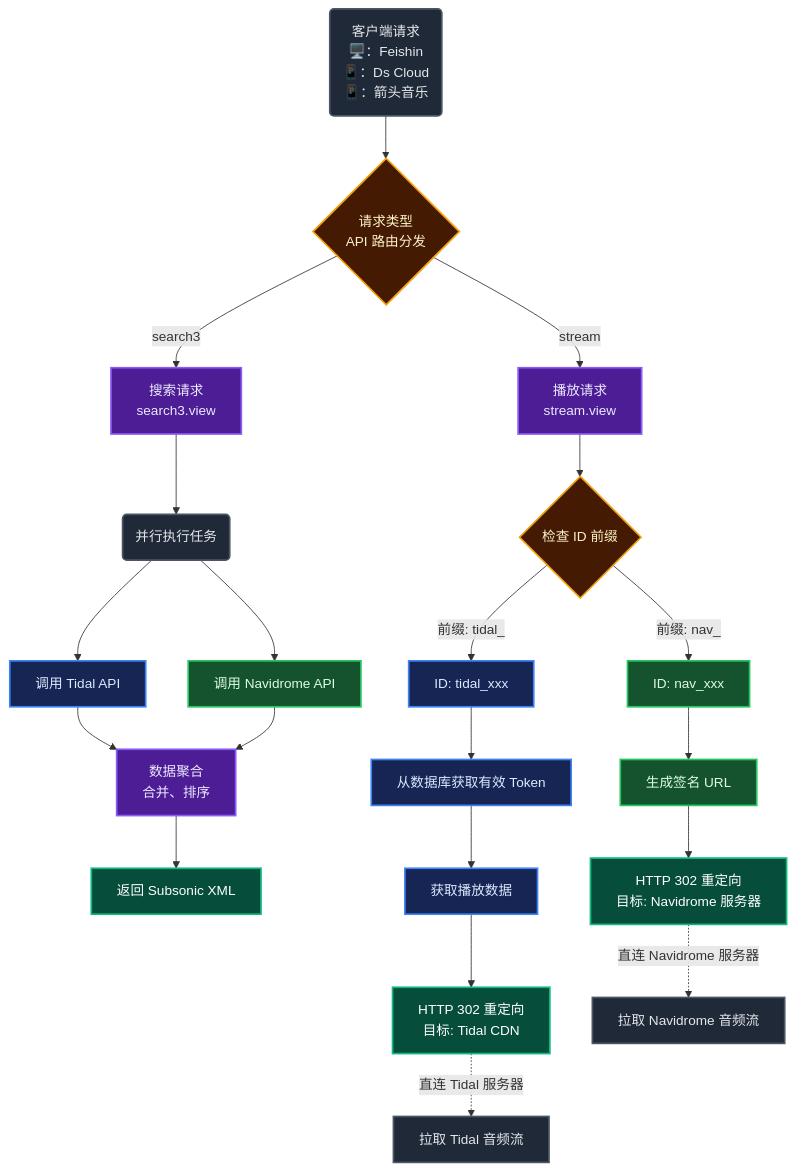
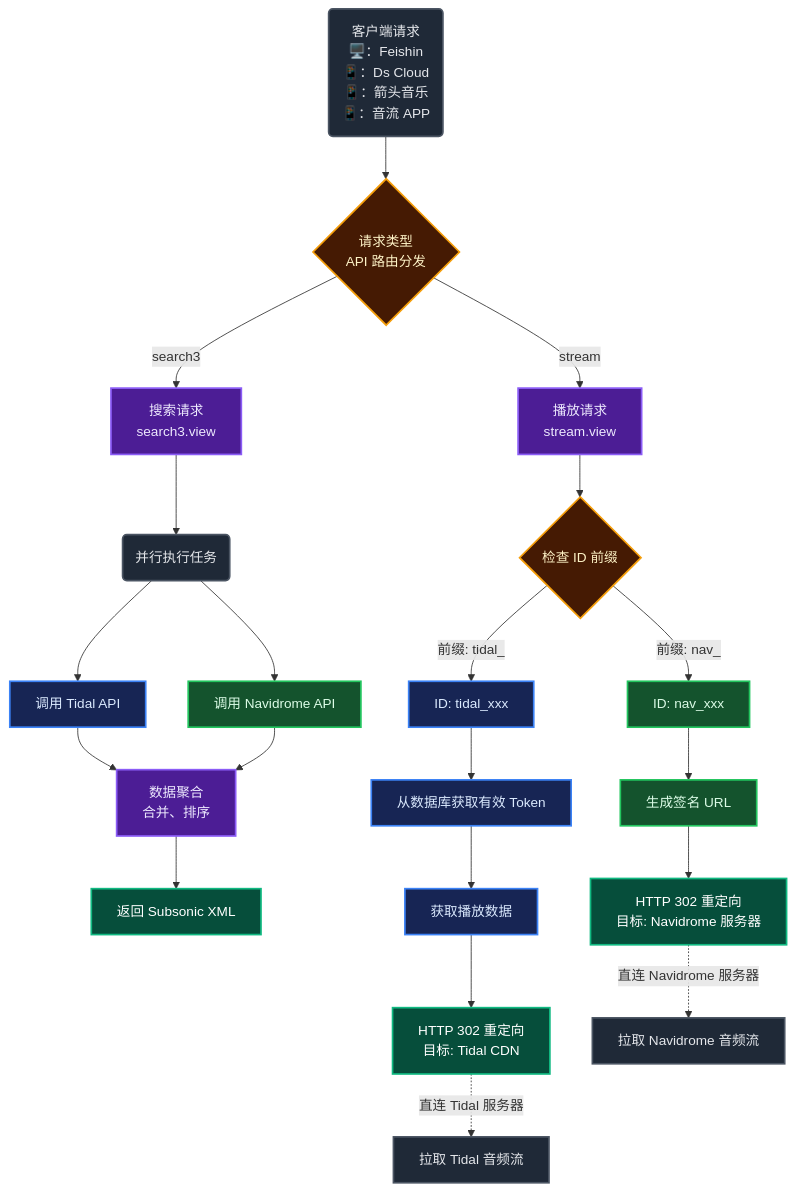
Before and after one commit to sky8282/Tidal-Navidrome-Bridge: the diagram in README.md, drawn with Mermaid.

````diff
--- a/README.md
+++ b/README.md
@@ -87,68 +87,68 @@
 ```mermaid
 graph TD
     %% 定义样式
     classDef base fill:#1f2937,stroke:#4b5563,color:#e5e7eb,stroke-width:2px;
     classDef tidal fill:#172554,stroke:#3b82f6,color:#dbeafe,stroke-width:2px;
     classDef nav fill:#14532d,stroke:#22c55e,color:#dcfce7,stroke-width:2px;
     classDef decision fill:#451a03,stroke:#f59e0b,color:#fef3c7,stroke-width:2px;
     classDef success fill:#064e3b,stroke:#10b981,color:white,stroke-width:2px;
     classDef action fill:#4c1d95,stroke:#8b5cf6,color:#ede9fe,stroke-width:2px;
 
     %% 节点定义
-    Start("客户端请求 <br/>🖥️：Feishin <br/>📱：Ds Cloud <br/>📱：箭头音乐"):::base
+    Start("客户端请求 <br/>🖥️：Feishin <br/> 📱：Ds Cloud <br/> 📱：箭头音乐<br/>📱：音流 APP "):::base
     Router{"请求类型 <br/> API 路由分发"}:::decision
     
     %% --- 搜索流程 ---
     SearchNode["搜索请求 <br/> search3.view"]:::action
     ParNode("并行执行任务"):::base
     
     TidalSearch["调用 Tidal API"]:::tidal
     NavSearch["调用 Navidrome API"]:::nav
     
     MergeNode["数据聚合 <br/> 合并、排序"]:::action
     RespXML["返回 Subsonic XML"]:::success
 
     %% --- 播放流程 ---
     PlayNode["播放请求 <br/> stream.view"]:::action
     IDCheck{"检查 ID 前缀"}:::decision
     
     %% Tidal 分支
     TidalPath["ID: tidal_xxx"]:::tidal
     GetToken["从数据库获取有效 Token "]:::tidal
     GetManifest["获取播放数据"]:::tidal
     RedirectTidal["HTTP 302 重定向 <br/> 目标: Tidal CDN"]:::success
     
     %% Navidrome 分支 (已修正)
     NavPath["ID: nav_xxx"]:::nav
     GenSignedURL["生成签名 URL"]:::nav
     RedirectNav["HTTP 302 重定向 <br/> 目标: Navidrome 服务器"]:::success
 
     %% 连接线关系
     Start --> Router
     
     %% 搜索逻辑
     Router --"search3"--> SearchNode
     SearchNode --> ParNode
     ParNode --> TidalSearch
     ParNode --> NavSearch
     TidalSearch --> MergeNode
     NavSearch --> MergeNode
     MergeNode --> RespXML
     
     %% 播放逻辑
     Router --"stream"--> PlayNode
     PlayNode --> IDCheck
     
     %% Tidal 路径
     IDCheck --"前缀: tidal_"--> TidalPath
     TidalPath --> GetToken
     GetToken --> GetManifest
     GetManifest --> RedirectTidal
     RedirectTidal -.->|直连 Tidal 服务器| Client1["拉取 Tidal 音频流"]:::base
 
     %% Navidrome 路径
     IDCheck --"前缀: nav_"--> NavPath
     NavPath --> GenSignedURL
     GenSignedURL --> RedirectNav
     RedirectNav -.->|直连 Navidrome 服务器| Client2["拉取 Navidrome 音频流"]:::base
 ```
````
